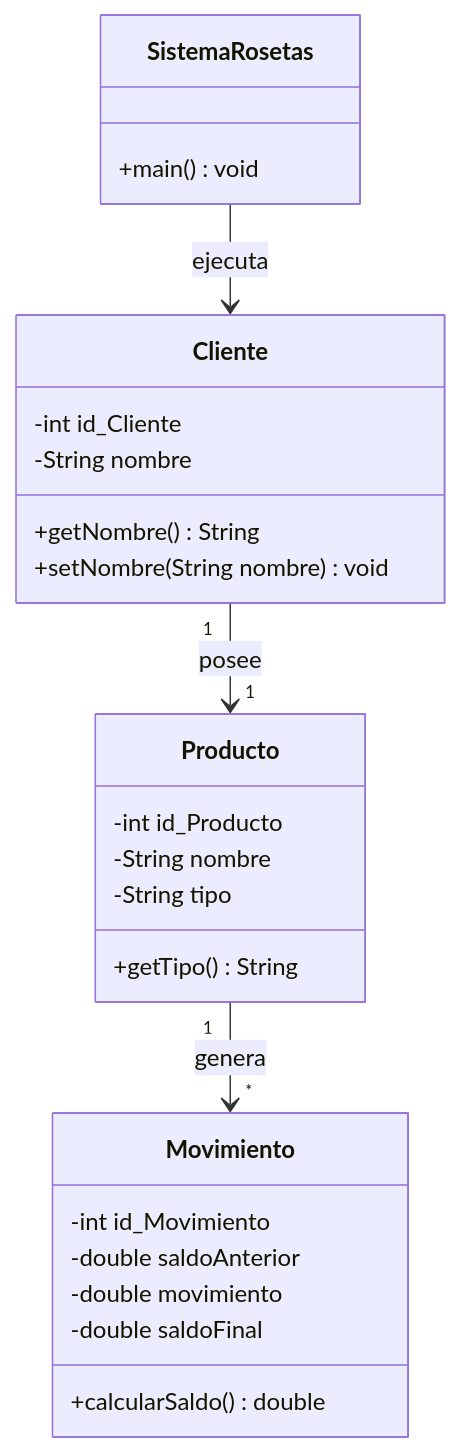
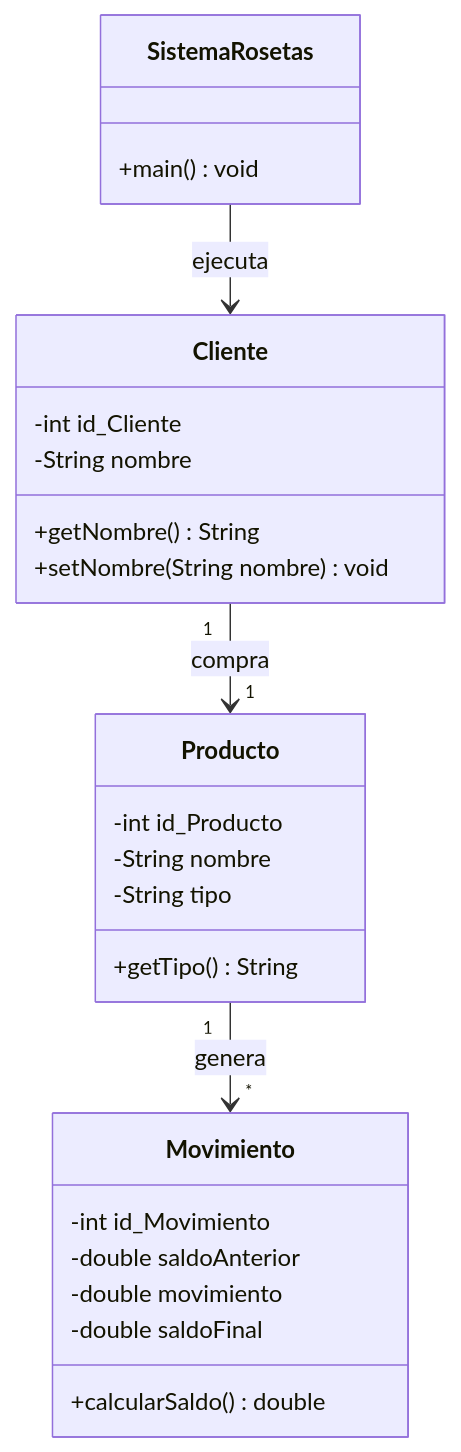
One commit to kevibalant-afk/Proyecto-Integrador changed the diagram in README.md. Above: the diagram before and after it, drawn with Mermaid.

Commit message:
Update relationship description in README

````diff
--- a/README.md
+++ b/README.md
@@ -5,34 +5,34 @@
 ```mermaid
 
 classDiagram
 
 class Cliente {
     -int id_Cliente
     -String nombre
     +getNombre() String
     +setNombre(String nombre) void
 }
 
 class Producto {
     -int id_Producto
     -String nombre
     -String tipo
     +getTipo() String
 }
 
 class Movimiento {
     -int id_Movimiento
     -double saldoAnterior
     -double movimiento
     -double saldoFinal
     +calcularSaldo() double
 }
 
 class SistemaRosetas {
     +main() void
 }
 
-Cliente "1" --> "1" Producto : posee
+Cliente "1" --> "1" Producto : compra
 Producto "1" --> "*" Movimiento : genera
 SistemaRosetas --> Cliente : ejecuta
 ```
````
